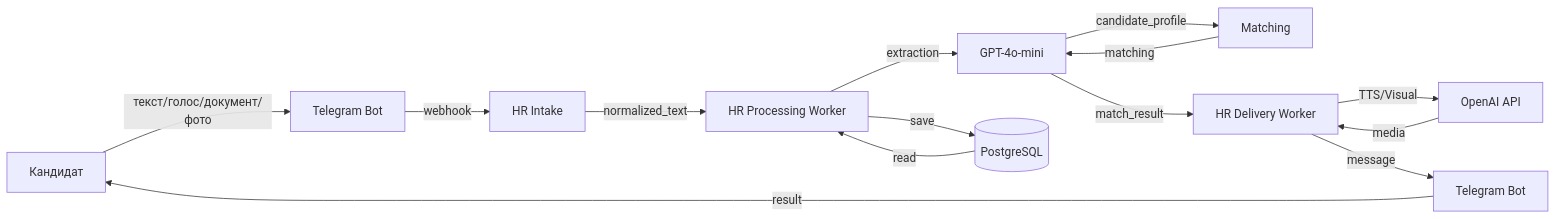
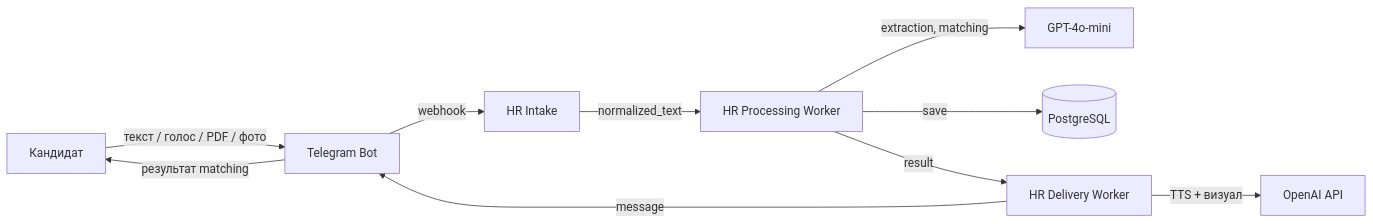
Before and after one commit to AlexLvGulyaev/HR-Assistant: the diagram in README.md, drawn with Mermaid. The commit also changed other lines of this file and 30 other files, not shown here.

````diff
--- a/README.md
+++ b/README.md
@@ -53,16 +63,12 @@
 ```mermaid
-graph LR
-    A[Кандидат] -->|текст/голос/документ/фото| B[Telegram Bot]
+flowchart LR
+    A[Кандидат] -->|текст / голос / PDF / фото| B[Telegram Bot]
     B -->|webhook| C[HR Intake]
     C -->|normalized_text| D[HR Processing Worker]
-    D -->|extraction| E[GPT-4o-mini]
-    E -->|candidate_profile| F[Matching]
-    F -->|matching| E
-    E -->|match_result| G[HR Delivery Worker]
-    G -->|TTS/Visual| H[OpenAI API]
-    H -->|media| G
-    G -->|message| I[Telegram Bot]
-    I -->|result| A
+    D -->|extraction, matching| E[GPT-4o-mini]
     D -->|save| J[(PostgreSQL)]
-    J -->|read| D
+    D -->|result| G[HR Delivery Worker]
+    G -->|TTS + визуал| H[OpenAI API]
+    G -->|message| B
+    B -->|результат matching| A
 ```
````
